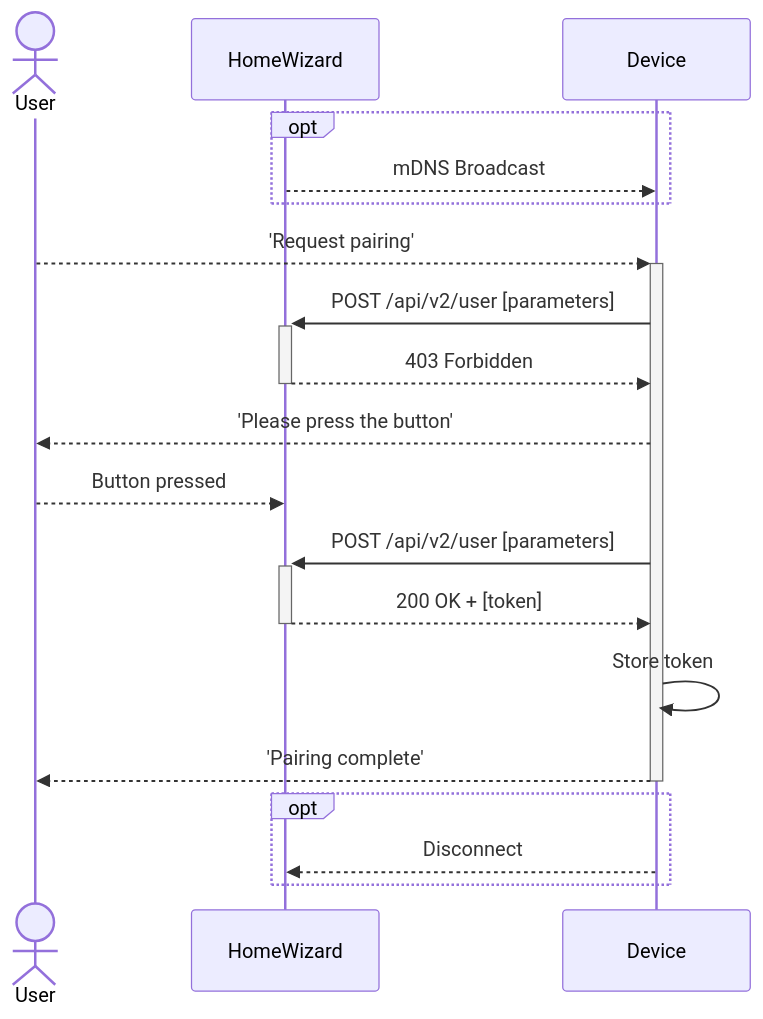
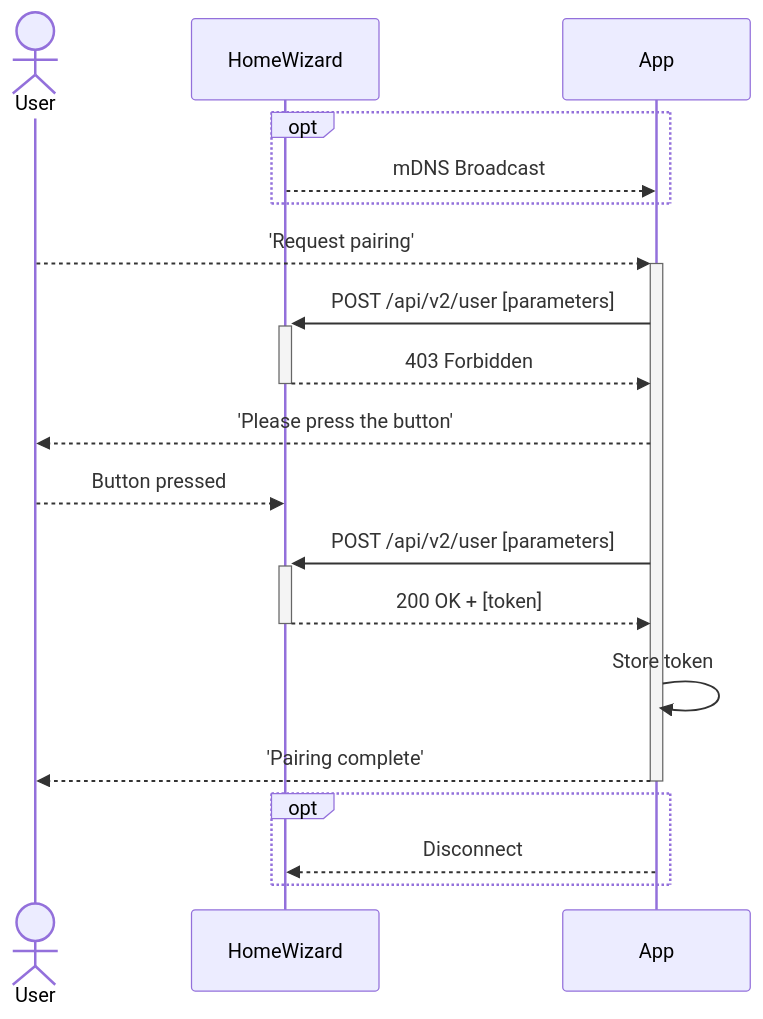
The diagram in docs/V2/authentication.mdx (homewizard/api-documentation), drawn with Mermaid before and after one commit. The commit also changed other lines of this file, not shown here.

Commit message:
Improve flow description in authentication

````diff
--- a/docs/V2/authentication.mdx
+++ b/docs/V2/authentication.mdx
@@ -41,19 +56,19 @@
 ```mermaid
 sequenceDiagram
     Actor User
     opt
-    HomeWizard-->>Device: mDNS Broadcast
+    HomeWizard-->>App: mDNS Broadcast
     end
-    User-->>+Device: 'Request pairing'
-    Device->>+HomeWizard: POST /api/v2/user [parameters]
-    HomeWizard-->>-Device: 403 Forbidden
-    Device-->>User: 'Please press the button'
+    User-->>+App: 'Request pairing'
+    App->>+HomeWizard: POST /api/v2/user [parameters]
+    HomeWizard-->>-App: 403 Forbidden
+    App-->>User: 'Please press the button'
     User-->>HomeWizard: Button pressed
-    Device->>+HomeWizard: POST /api/v2/user [parameters]
-    HomeWizard-->>-Device: 200 OK + [token]
-    Device->>Device: Store token
-    Device-->>-User: 'Pairing complete'
+    App->>+HomeWizard: POST /api/v2/user [parameters]
+    HomeWizard-->>-App: 200 OK + [token]
+    App->>App: Store token
+    App-->>-User: 'Pairing complete'
     opt
-        Device-->>HomeWizard: Disconnect
+        App-->>HomeWizard: Disconnect
     end
 ```
````
